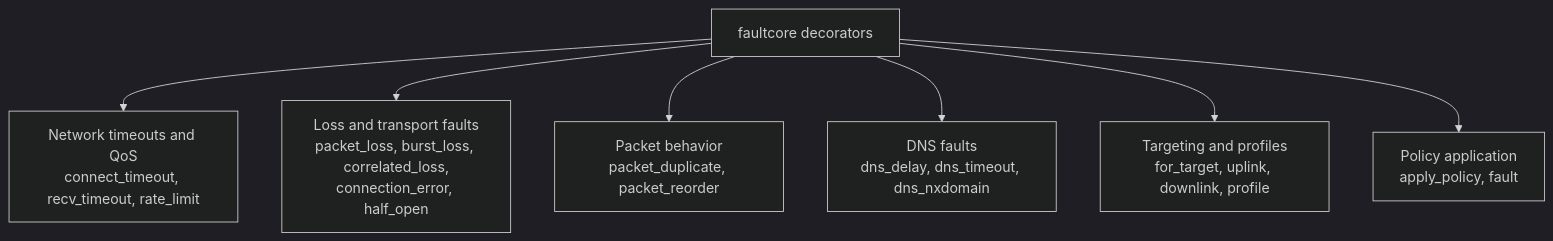
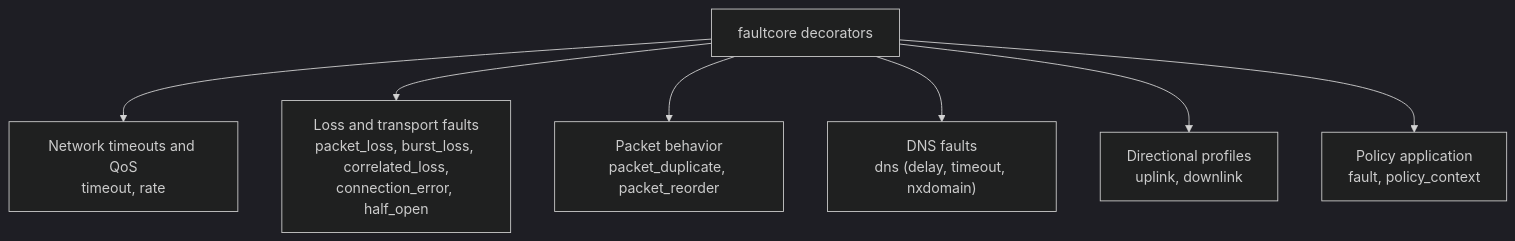
The diagram in docs/api_reference.md (albertobadia/faultcore), drawn with Mermaid (dark theme) before and after one commit. The commit also changed other lines of this file and 19 other files, not shown here.

Commit message:
CHANGE: Rename decorators for consistent API: `connect_timeout` → `timeout`, `rate_limit` → `rate`, `apply_policy` → `fault`, using duration strings instead of integer milliseconds ADD: Update all examples and documentation to use new decorator API with improved usage instructions

````diff
--- a/docs/api_reference.md
+++ b/docs/api_reference.md
@@ -14,9 +14,9 @@
 ```mermaid
 flowchart TD
-    D["faultcore decorators"] --> T["Network timeouts and QoS<br/>connect_timeout, recv_timeout, rate_limit"]
+    D["faultcore decorators"] --> T["Network timeouts and QoS<br/>timeout, rate"]
     D --> L["Loss and transport faults<br/>packet_loss, burst_loss, correlated_loss,<br/>connection_error, half_open"]
     D --> R["Packet behavior<br/>packet_duplicate, packet_reorder"]
-    D --> N["DNS faults<br/>dns_delay, dns_timeout, dns_nxdomain"]
-    D --> G["Targeting and profiles<br/>for_target, uplink, downlink, profile"]
-    D --> P["Policy application<br/>apply_policy, fault"]
+    D --> N["DNS faults<br/>dns (delay, timeout, nxdomain)"]
+    D --> G["Directional profiles<br/>uplink, downlink"]
+    D --> P["Policy application<br/>fault, policy_context"]
 ```
````
